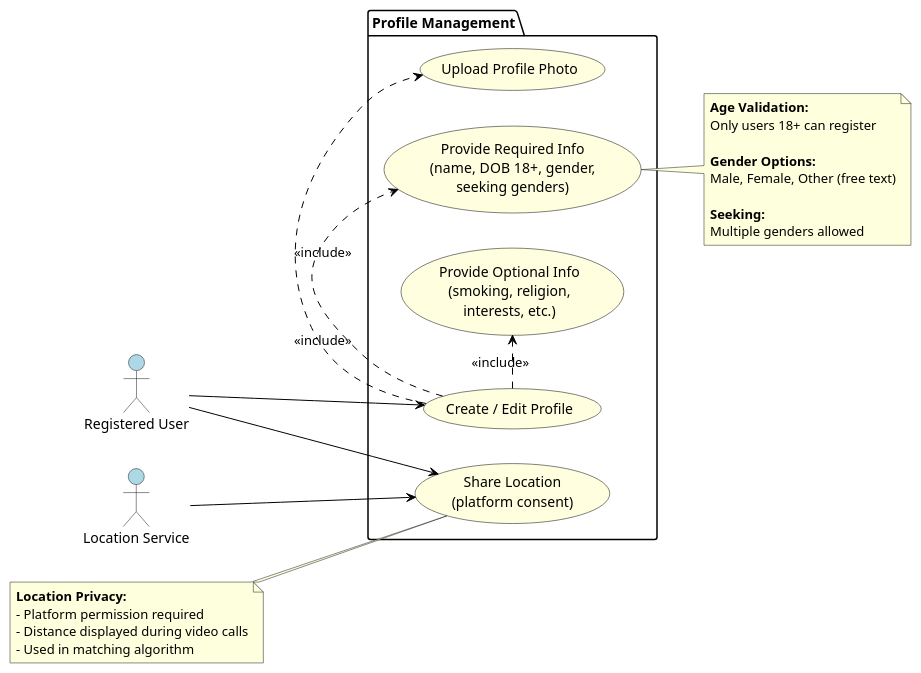
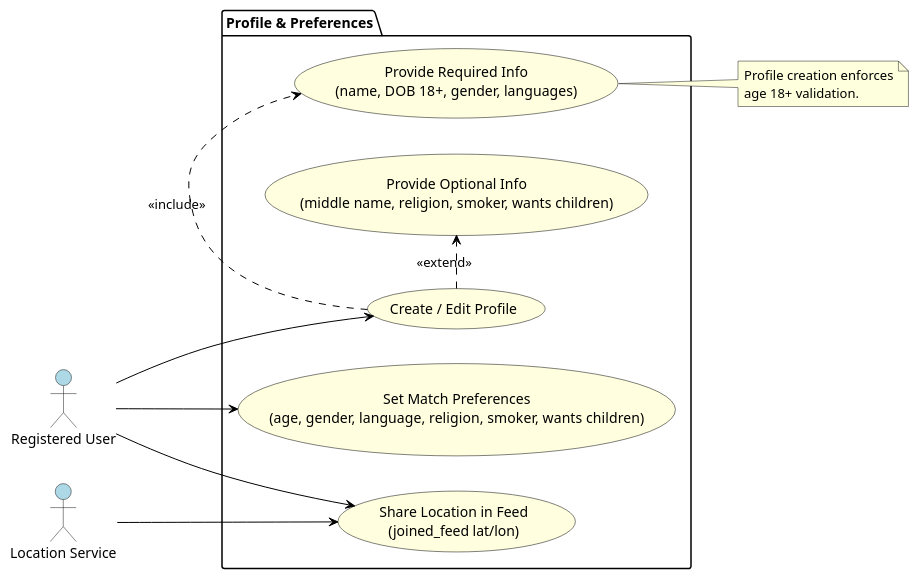
Before and after one commit to Bernat00/Vidate: the diagram in docs/usecase2.puml, drawn with PlantUML. The commit also changed 9 other files, not shown here.

```diff
--- a/docs/usecase2.puml
+++ b/docs/usecase2.puml
@@ -1,51 +1,38 @@
 @startuml
 left to right direction
 skinparam usecase {
   BorderColor Black
   BackgroundColor LightYellow
   ArrowColor Black
 }
 skinparam actor {
   BackgroundColor LightBlue
 }
 
 /' Actors '/
 actor "Registered User" as User
 actor "Location Service" as LocationService
 
 /' Layer 2: Profile Management '/
-package "Profile Management" {
+package "Profile & Preferences" {
   usecase "Create / Edit Profile" as UC_EditProfile
-  usecase "Upload Profile Photo" as UC_UploadPhoto
-  usecase "Provide Required Info\n(name, DOB 18+, gender,\nseeking genders)" as UC_RequiredInfo
-  usecase "Provide Optional Info\n(smoking, religion,\ninterests, etc.)" as UC_OptionalInfo
-  usecase "Share Location\n(platform consent)" as UC_ShareLocation
+  usecase "Provide Required Info\n(name, DOB 18+, gender, languages)" as UC_RequiredInfo
+  usecase "Provide Optional Info\n(middle name, religion, smoker, wants children)" as UC_OptionalInfo
+  usecase "Set Match Preferences\n(age, gender, language, religion, smoker, wants children)" as UC_SetPreferences
+  usecase "Share Location in Feed\n(joined_feed lat/lon)" as UC_ShareLocation
 
-  UC_EditProfile .> UC_UploadPhoto : <<include>>
   UC_EditProfile .> UC_RequiredInfo : <<include>>
-  UC_EditProfile .> UC_OptionalInfo : <<include>>
+  UC_EditProfile .> UC_OptionalInfo : <<extend>>
 }
 
 User --> UC_EditProfile
+User --> UC_SetPreferences
 User --> UC_ShareLocation
 
 LocationService --> UC_ShareLocation
 
 note right of UC_RequiredInfo
-  **Age Validation:**
-  Only users 18+ can register
-
-  **Gender Options:**
-  Male, Female, Other (free text)
-
-  **Seeking:**
-  Multiple genders allowed
-end note
-
-note left of UC_ShareLocation
-  **Location Privacy:**
-  - Platform permission required
-  - Distance displayed during video calls
-  - Used in matching algorithm
+  Profile creation enforces
+  age 18+ validation.
 end note
 @enduml
```
